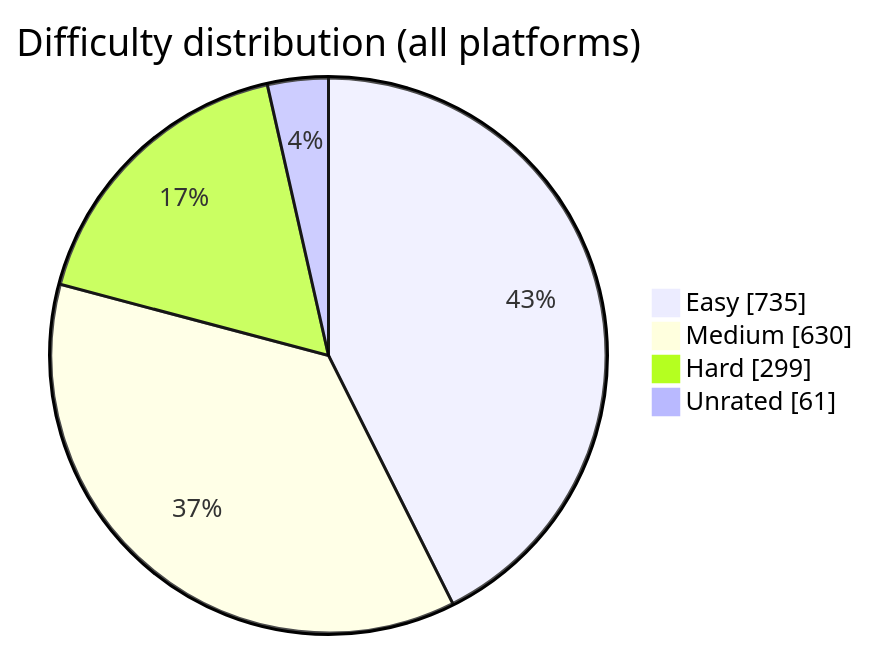
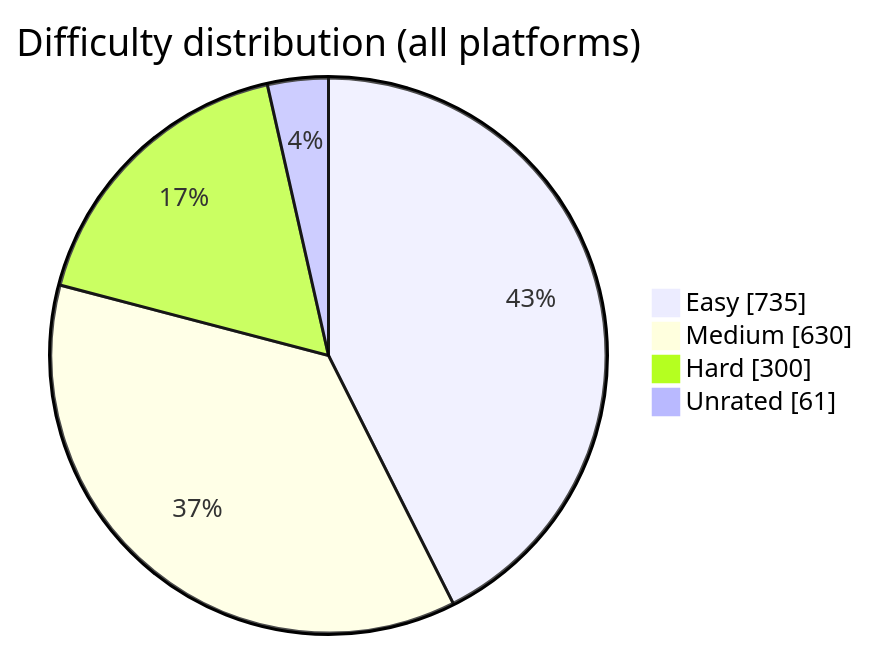
Before and after one commit to BuildbyArindam/Daily-Coding-Log: the diagram in README.md, drawn with Mermaid. The commit also changed other lines of this file, not shown here.

````diff
--- a/README.md
+++ b/README.md
@@ -93,7 +93,7 @@
 ```mermaid
 pie showData title Difficulty distribution (all platforms)
     "Easy" : 735
     "Medium" : 630
-    "Hard" : 299
+    "Hard" : 300
     "Unrated" : 61
 ```
````
